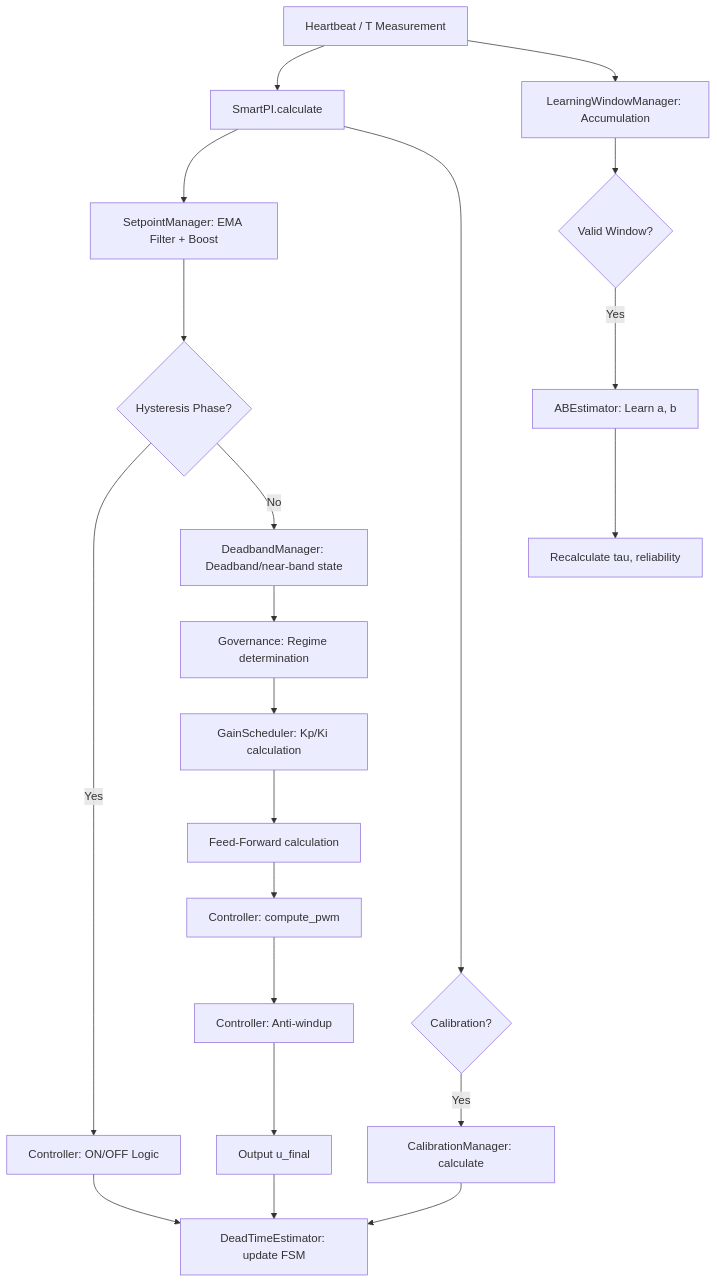
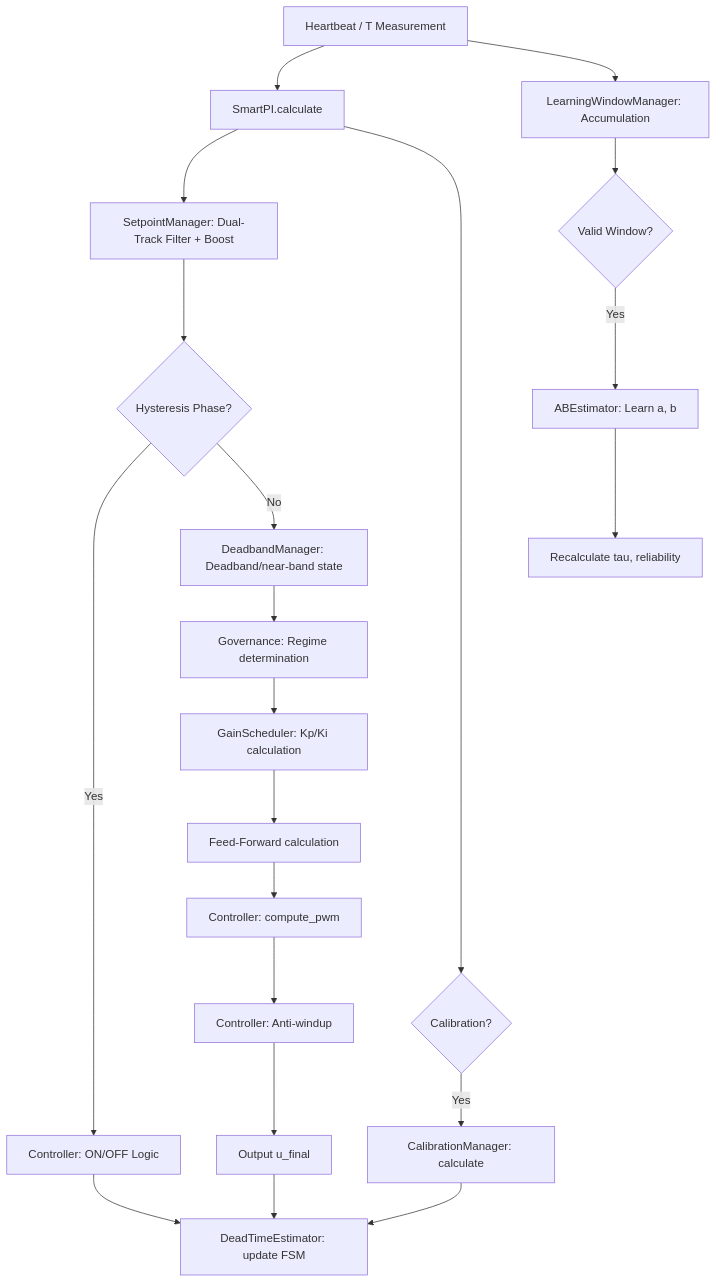
Before and after one commit to caiusseverus/versatile_thermostat: the diagram in documentation/tech-docs/smart_pi_bible-en.md, drawn with Mermaid. The commit also changed other lines of this file and 5 other files, not shown here.

````diff
--- a/documentation/tech-docs/smart_pi_bible-en.md
+++ b/documentation/tech-docs/smart_pi_bible-en.md
@@ -325,26 +344,26 @@
 ```mermaid
 graph TD
     A[Heartbeat / T Measurement] --> B[SmartPI.calculate]
-    B --> SP[SetpointManager: EMA Filter + Boost]
+    B --> SP[SetpointManager: Dual-Track Filter + Boost]
     SP --> C{Hysteresis Phase?}
     C -- Yes --> D[Controller: ON/OFF Logic]
     C -- No --> DB[DeadbandManager: Deadband/near-band state]
     DB --> GOV[Governance: Regime determination]
     GOV --> GS[GainScheduler: Kp/Ki calculation]
     GS --> FF[Feed-Forward calculation]
     FF --> PI[Controller: compute_pwm]
     PI --> AW[Controller: Anti-windup]
     AW --> OUT[Output u_final]
 
     A --> LW[LearningWindowManager: Accumulation]
     LW --> LV{Valid Window?}
     LV -- Yes --> EST[ABEstimator: Learn a, b]
     EST --> TAU[Recalculate tau, reliability]
 
     D --> DT[DeadTimeEstimator: update FSM]
     OUT --> DT
 
     B --> CAL{Calibration?}
     CAL -- Yes --> CM[CalibrationManager: calculate]
     CM --> DT
 ```
````
